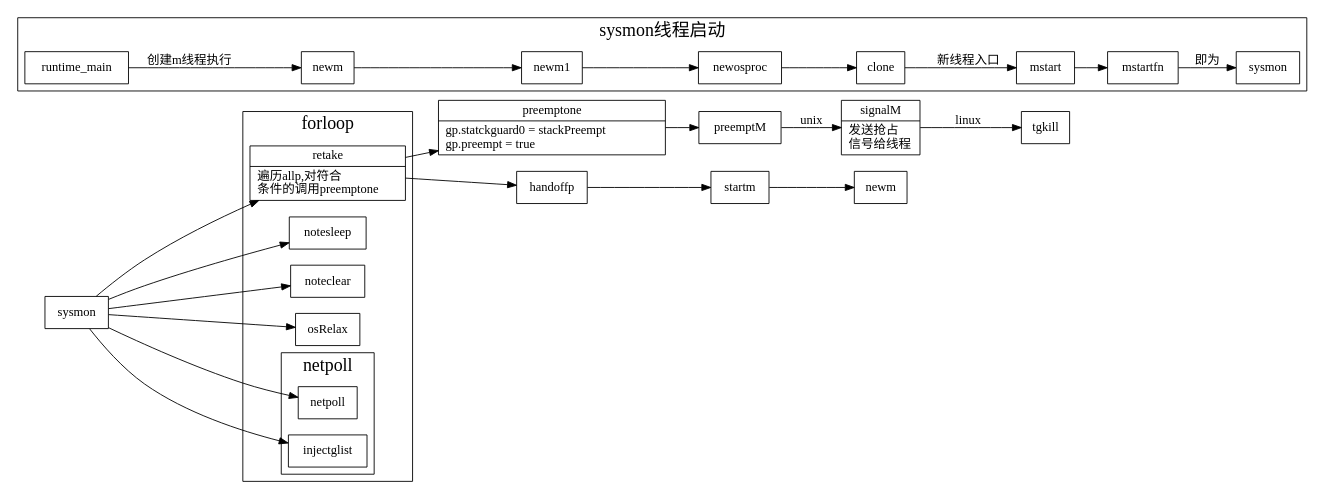
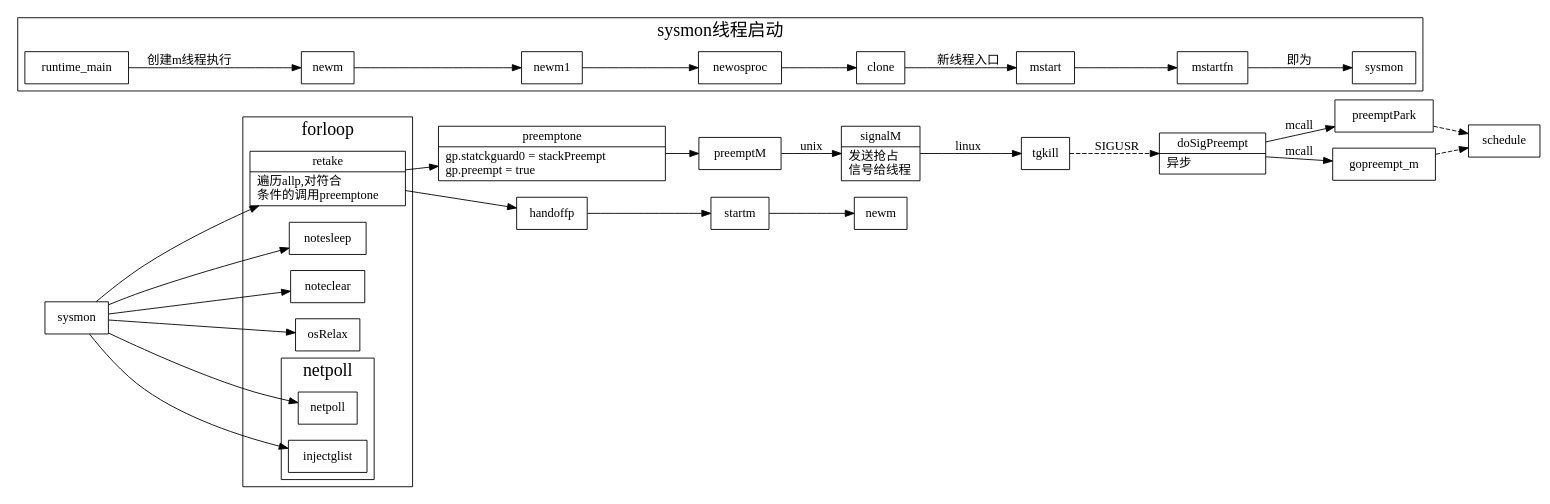
One commit to xieyu/blog changed the diagram in src/golang/sysmon.dot. Above: the diagram before and after it, drawn with Graphviz. The commit also changed 1 other file, not shown here.

Commit message:
add more sysmon graph

```diff
--- a/src/golang/sysmon.dot
+++ b/src/golang/sysmon.dot
@@ -1,63 +1,72 @@
 digraph sysmon {
   node[shape=box];
   newrank=true;
   rankdir=LR;
   retake[shape="record";
     label="{{
       retake|
         遍历allp,对符合\l条件的调用preemptone\l
     }}";
   ];
   preemptone[shape="record";
     label="{{
       preemptone|
         gp.statckguard0 = stackPreempt\l
         gp.preempt = true\l
     }}";
   ];
   subgraph cluster_sysmon {
     graph[label="sysmon线程启动";fontsize=20;];
     runtime_main -> newm [label="创建m线程执行"];
     newm -> newm1 -> newosproc -> clone
     clone -> mstart[label="新线程入口"];
     mstart -> mstartfn;
     mstartfn -> sysmon[label="即为"];
   };
   fn_sysmon[label="sysmon"]
   subgraph cluster_forloop{
     graph[label="forloop";fontsize=20;];
     notesleep;
     noteclear;
     retake;
     osRelax;
     subgraph cluster_netpoll {
       graph[label="netpoll";fontsize=20;];
       netpoll;
       injectglist;
     }
   }
   fn_sysmon -> {
     notesleep;
     noteclear;
     retake;
     netpoll;
     injectglist;
     osRelax;
   }
 
   retake -> {
     handoffp;
     preemptone;
   }
   preemptone -> preemptM;
   preemptM -> signalM[label="unix"];
   signalM[shape="record";
     label="{{
       signalM|
         发送抢占\l信号给线程\l
     }}";
   ];
+  doSigPreempt[shape="record";
+    label="{{
+      doSigPreempt|
+        异步\l
+    }}";
+  ];
   signalM -> tgkill[label="linux"];
+  tgkill -> doSigPreempt[label="SIGUSR", style=dashed]
+  doSigPreempt -> {preemptPark, gopreempt_m}[label="mcall"];
+  {preemptPark, gopreempt_m} -> schedule[style=dashed];
   newm2[label="newm"];
   handoffp -> startm -> newm2;
 }
```
